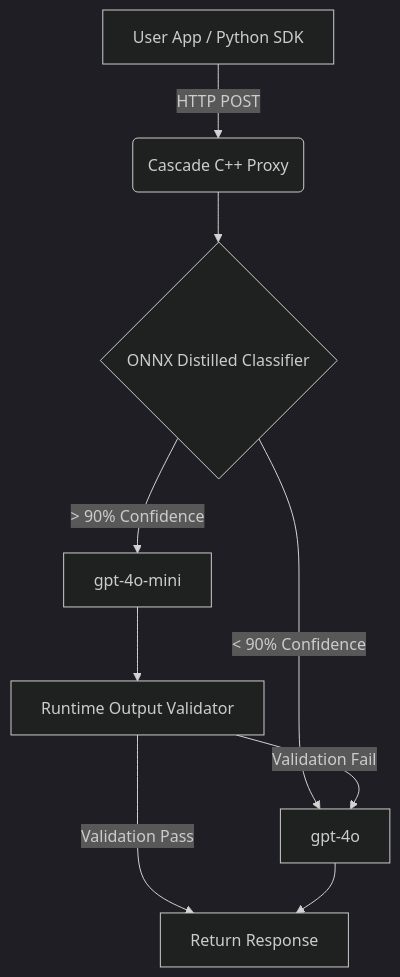
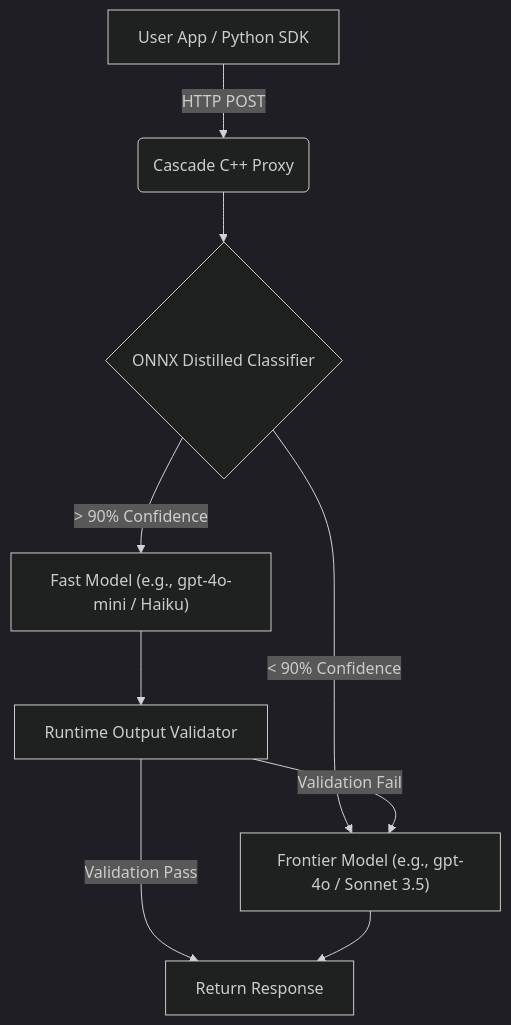
One commit to Cascade-Router/cascade-router changed the diagram in README.md. Above: the diagram before and after it, drawn with Mermaid (dark theme). The commit also changed other lines of this file and 1 other file, not shown here.

````diff
--- a/README.md
+++ b/README.md
@@ -14,11 +14,11 @@
 ```mermaid
 graph TD
     A[User App / Python SDK] -->|HTTP POST| B(Cascade C++ Proxy)
     B --> C{ONNX Distilled Classifier}
-    C -->|> 90% Confidence| D[gpt-4o-mini]
-    C -->|< 90% Confidence| E[gpt-4o]
+    C -->|> 90% Confidence| D["Fast Model (e.g., gpt-4o-mini / Haiku)"]
+    C -->|< 90% Confidence| E["Frontier Model (e.g., gpt-4o / Sonnet 3.5)"]
     D --> F[Runtime Output Validator]
     F -->|Validation Fail| E
     F -->|Validation Pass| G[Return Response]
     E --> G
 ```
````
